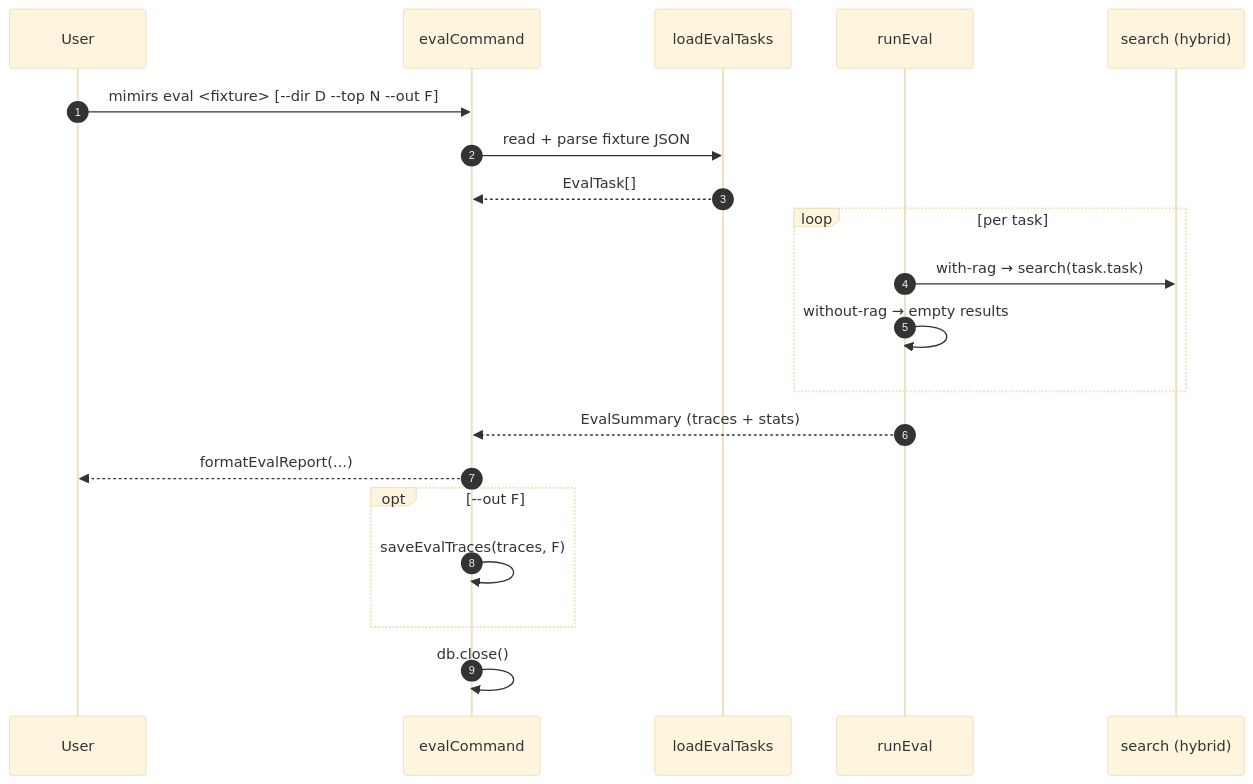
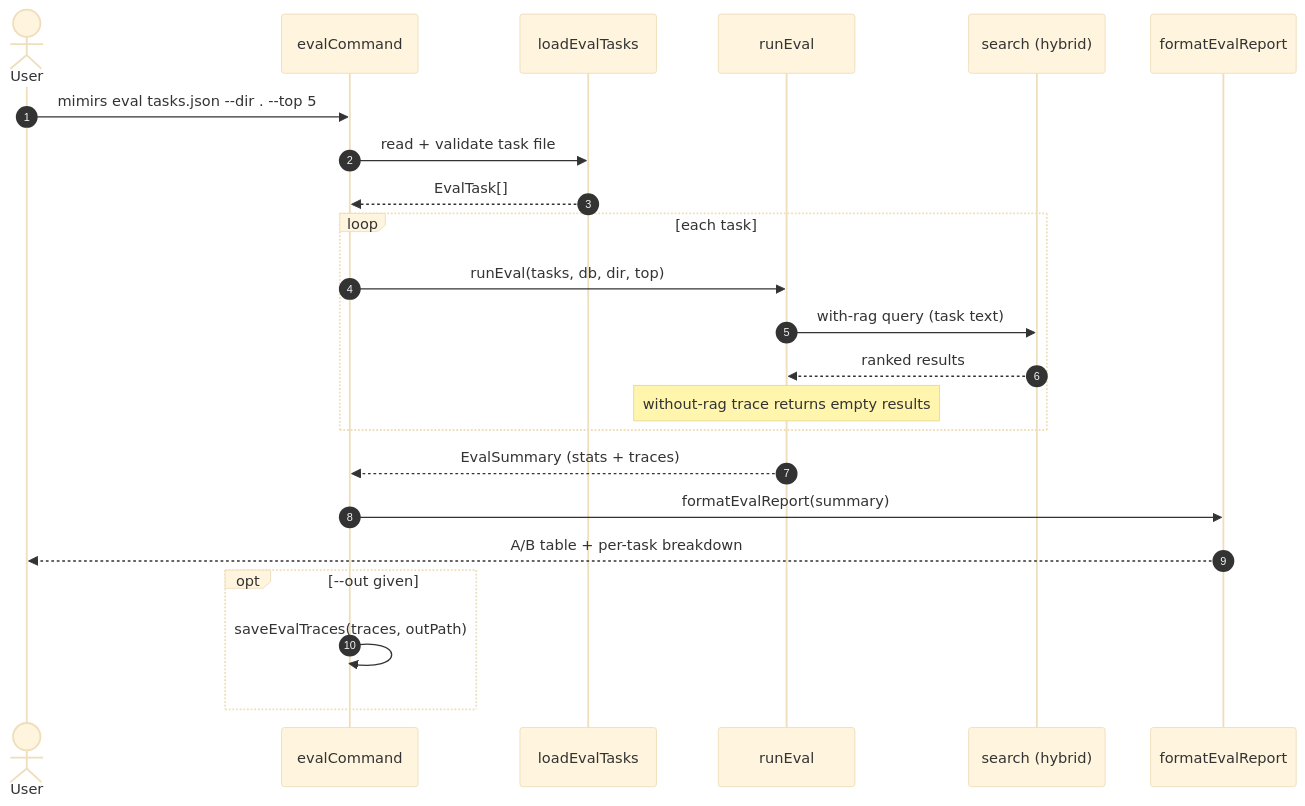
One commit to TheWinci/mimirs changed the diagram in wiki/cli/eval.md. Above: the diagram before and after it, drawn with Mermaid (base theme). The commit also changed other lines of this file and 52 other files, not shown here.

````diff
--- a/wiki/cli/eval.md
+++ b/wiki/cli/eval.md
@@ -7,22 +11,25 @@
 ```mermaid
 sequenceDiagram
     autonumber
-    participant User
-    participant CLI as evalCommand
+    actor User
+    participant Cmd as evalCommand
     participant Loader as loadEvalTasks
     participant Runner as runEval
     participant Search as search (hybrid)
-    User->>CLI: mimirs eval <fixture> [--dir D --top N --out F]
-    CLI->>Loader: read + parse fixture JSON
-    Loader-->>CLI: EvalTask[]
-    loop per task
-        Runner->>Search: with-rag → search(task.task)
-        Runner->>Runner: without-rag → empty results
+    participant Report as formatEvalReport
+    User->>Cmd: mimirs eval tasks.json --dir . --top 5
+    Cmd->>Loader: read + validate task file
+    Loader-->>Cmd: EvalTask[]
+    loop each task
+        Cmd->>Runner: runEval(tasks, db, dir, top)
+        Runner->>Search: with-rag query (task text)
+        Search-->>Runner: ranked results
+        Note over Runner: without-rag trace returns empty results
     end
-    Runner-->>CLI: EvalSummary (traces + stats)
-    CLI-->>User: formatEvalReport(...)
-    opt --out F
-        CLI->>CLI: saveEvalTraces(traces, F)
+    Runner-->>Cmd: EvalSummary (stats + traces)
+    Cmd->>Report: formatEvalReport(summary)
+    Report-->>User: A/B table + per-task breakdown
+    opt --out given
+        Cmd->>Cmd: saveEvalTraces(traces, outPath)
     end
-    CLI->>CLI: db.close()
 ```
````
